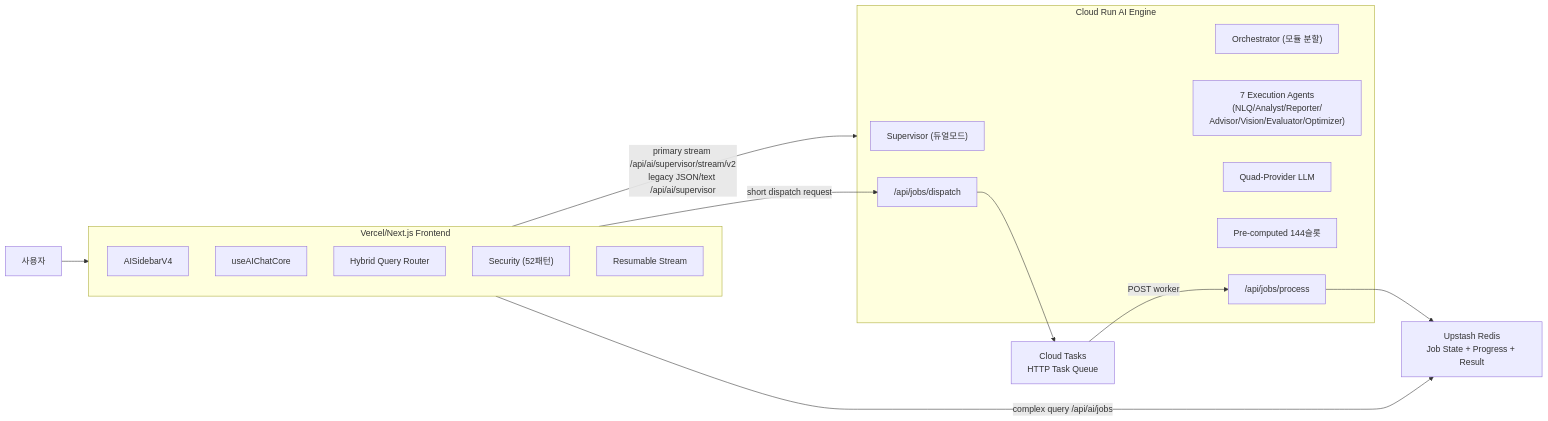
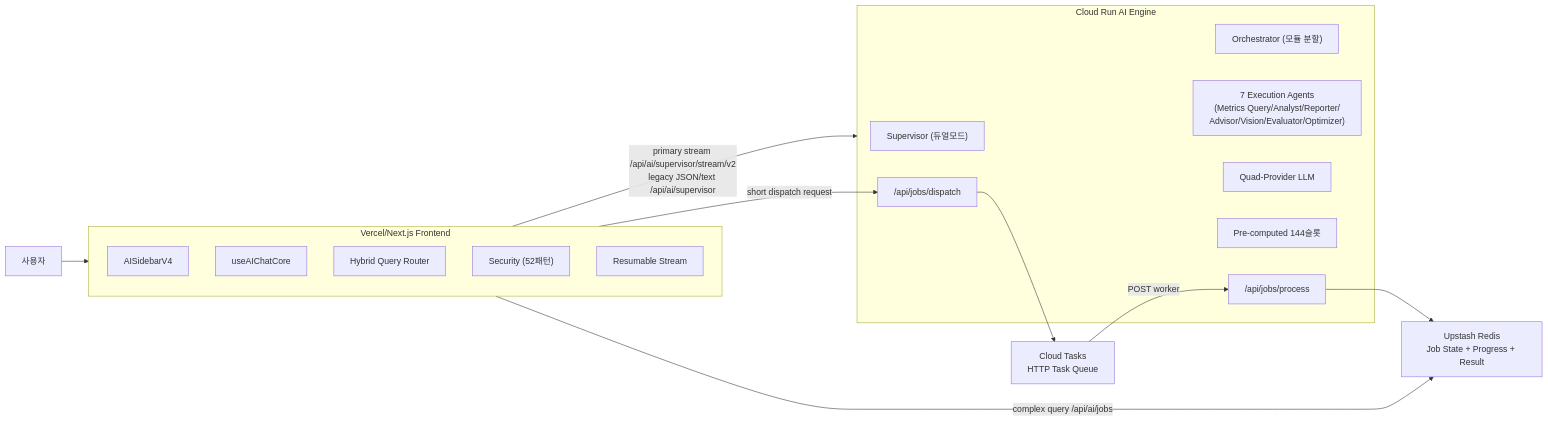
One commit to skyasu2/openmanager-ai changed the diagram in docs/reference/architecture/ai/frontend-backend-comparison.md. Above: the diagram before and after it, drawn with Mermaid. The commit also changed other lines of this file and 133 other files, not shown here.

````diff
--- a/docs/reference/architecture/ai/frontend-backend-comparison.md
+++ b/docs/reference/architecture/ai/frontend-backend-comparison.md
@@ -23,32 +23,32 @@
 ```mermaid
 graph LR
     User["사용자"] --> Vercel
 
     subgraph Vercel["Vercel/Next.js Frontend"]
         UI["AISidebarV4"]
         Hook["useAIChatCore"]
         Router["Hybrid Query Router"]
         Security["Security (52패턴)"]
         Stream["Resumable Stream"]
     end
 
     subgraph CloudRun["Cloud Run AI Engine"]
         Supervisor["Supervisor (듀얼모드)"]
         Orchestrator["Orchestrator (모듈 분할)"]
-        Agents["7 Execution Agents<br/>(NLQ/Analyst/Reporter/<br/>Advisor/Vision/Evaluator/Optimizer)"]
+        Agents["7 Execution Agents<br/>(Metrics Query/Analyst/Reporter/<br/>Advisor/Vision/Evaluator/Optimizer)"]
         Provider["Quad-Provider LLM"]
         PreComp["Pre-computed 144슬롯"]
         Dispatch["/api/jobs/dispatch"]
         Process["/api/jobs/process"]
     end
 
     Redis["Upstash Redis<br/>Job State + Progress + Result"]
     CloudTasks["Cloud Tasks<br/>HTTP Task Queue"]
 
     Vercel -->|"primary stream /api/ai/supervisor/stream/v2\nlegacy JSON/text /api/ai/supervisor"| CloudRun
     Vercel -->|"complex query /api/ai/jobs"| Redis
     Vercel -->|"short dispatch request"| Dispatch
     Dispatch --> CloudTasks
     CloudTasks -->|"POST worker"| Process
     Process --> Redis
 ```
````
